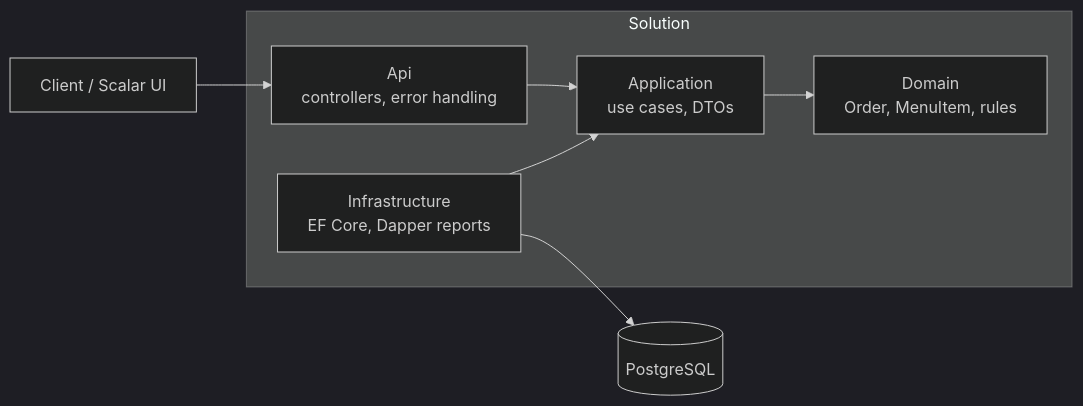
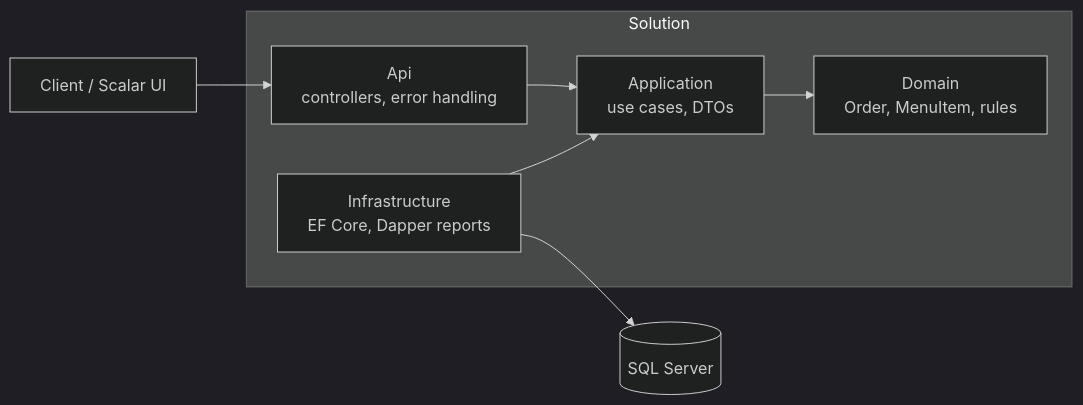
The diagram in README.md (Ankey02/restaurant-pos-order-api), drawn with Mermaid (dark theme) before and after one commit. The commit also changed other lines of this file and 15 other files, not shown here.

First line of the commit message:
Port to Microsoft SQL Server (T-SQL reports, stored procedure, rowversion)

````diff
--- a/README.md
+++ b/README.md
@@ -18,10 +20,10 @@
 ```mermaid
 flowchart LR
     Client[Client / Scalar UI] --> Api
     subgraph Solution
         Api[Api<br/>controllers, error handling] --> App[Application<br/>use cases, DTOs]
         App --> Dom[Domain<br/>Order, MenuItem, rules]
         Infra[Infrastructure<br/>EF Core, Dapper reports] --> App
     end
-    Infra --> DB[(PostgreSQL)]
+    Infra --> DB[(SQL Server)]
 ```
````
